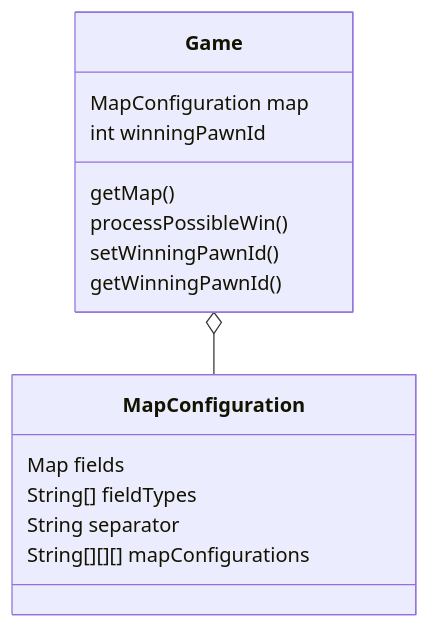
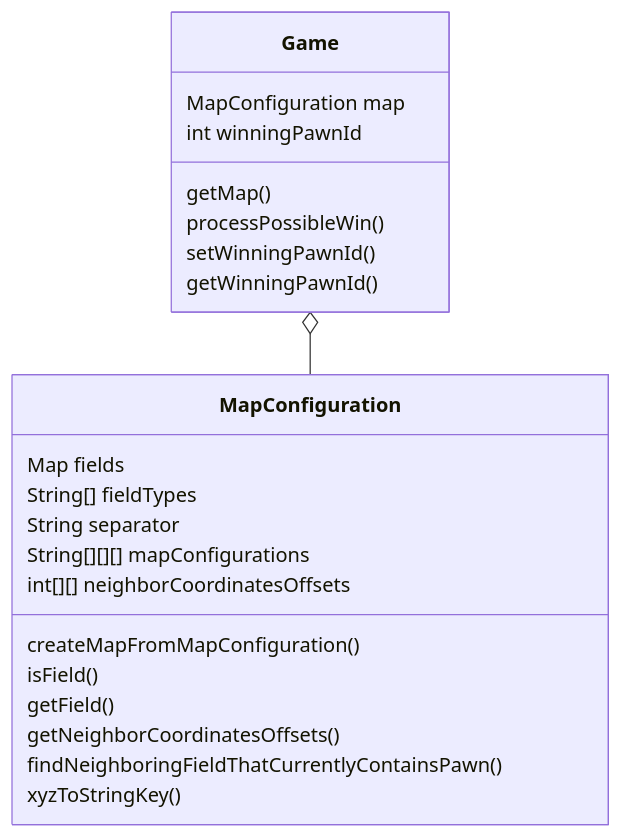
One commit to stijnlinderman/eldorado changed the second of 2 diagrams in ARCHITECTURE.md. Above: the diagram before and after it, drawn with Mermaid.

````diff
--- a/ARCHITECTURE.md
+++ b/ARCHITECTURE.md
@@ -13,14 +13,21 @@
 ```mermaid
 classDiagram
 	Game o-- MapConfiguration
 	Game : MapConfiguration map
 	Game : int winningPawnId
 	Game : getMap()
 	Game : processPossibleWin()
 	Game : setWinningPawnId()
 	Game : getWinningPawnId()
 	MapConfiguration : Map<String,Field> fields
 	MapConfiguration : String[] fieldTypes
 	MapConfiguration : String separator
 	MapConfiguration : String[][][] mapConfigurations
+	MapConfiguration : int[][] neighborCoordinatesOffsets
+	MapConfiguration : createMapFromMapConfiguration()
+	MapConfiguration : isField()
+	MapConfiguration : getField()
+	MapConfiguration : getNeighborCoordinatesOffsets()
+	MapConfiguration : findNeighboringFieldThatCurrentlyContainsPawn()
+	MapConfiguration : xyzToStringKey()
 ```
````
